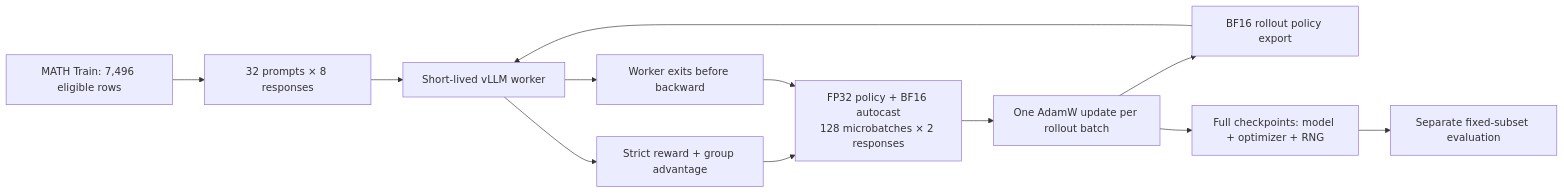
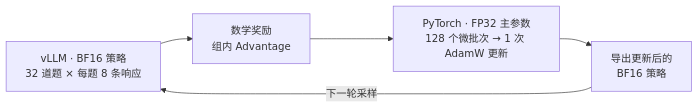
One commit to yicheng123123/Single-GPU-GRPO-Style-Post-Training-for-Mathematical-Reasoning changed the diagram in README_CN.md. Above: the diagram before and after it, drawn with Mermaid. The commit also changed other lines of this file and 1 other file, not shown here.

````diff
--- a/README_CN.md
+++ b/README_CN.md
@@ -44,14 +57,7 @@
 ```mermaid
 flowchart LR
-    D["MATH Train: 7,496 eligible rows"] --> P["32 prompts × 8 responses"]
-    W["BF16 rollout policy export"] --> V["Short-lived vLLM worker"]
-    P --> V
-    V --> R["Strict reward + group advantage"]
-    V --> X["Worker exits before backward"]
-    R --> T["FP32 policy + BF16 autocast<br/>128 microbatches × 2 responses"]
-    X --> T
-    T --> U["One AdamW update per rollout batch"]
-    U --> W
-    U --> C["Full checkpoints: model + optimizer + RNG"]
-    C --> E["Separate fixed-subset evaluation"]
+    V["vLLM · BF16 策略<br/>32 道题 × 每题 8 条响应"] --> R["数学奖励<br/>组内 Advantage"]
+    R --> T["PyTorch · FP32 主参数<br/>128 个微批次 → 1 次 AdamW 更新"]
+    T --> E["导出更新后的<br/>BF16 策略"]
+    E -->|下一轮采样| V
 ```
````
